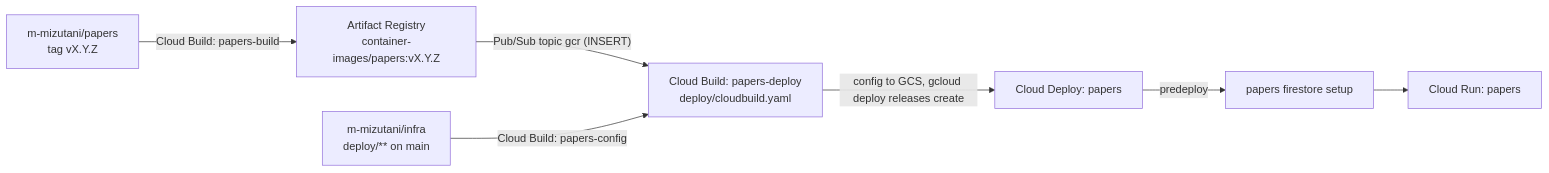
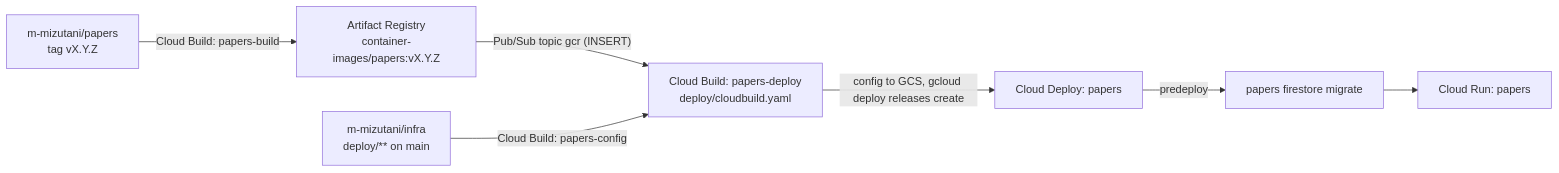
One commit to m-mizutani/infra changed the diagram in google-cloud/mztn-papers/README.md. Above: the diagram before and after it, drawn with Mermaid. The commit also changed other lines of this file and 6 other files, not shown here.

First line of the commit message:
chore: run papers firestore migrate as the predeploy hook instead of setup

````diff
--- a/google-cloud/mztn-papers/README.md
+++ b/google-cloud/mztn-papers/README.md
@@ -9,9 +9,9 @@
 ```mermaid
 flowchart LR
   T["m-mizutani/papers<br/>tag vX.Y.Z"] -->|"Cloud Build: papers-build"| AR["Artifact Registry<br/>container-images/papers:vX.Y.Z"]
   AR -->|"Pub/Sub topic gcr (INSERT)"| D["Cloud Build: papers-deploy<br/>deploy/cloudbuild.yaml"]
   C["m-mizutani/infra<br/>deploy/** on main"] -->|"Cloud Build: papers-config"| D
   D -->|"config to GCS, gcloud deploy releases create"| CD["Cloud Deploy: papers"]
-  CD -->|"predeploy"| FS["papers firestore setup"]
+  CD -->|"predeploy"| FS["papers firestore migrate"]
   FS --> CR["Cloud Run: papers"]
 ```
````
